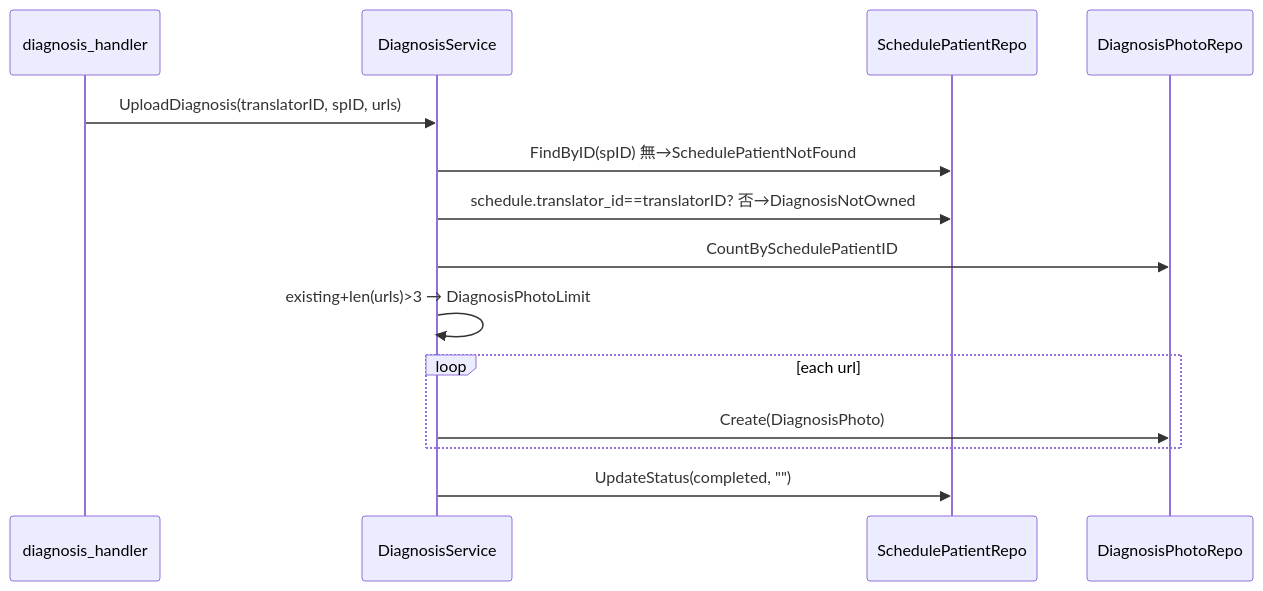
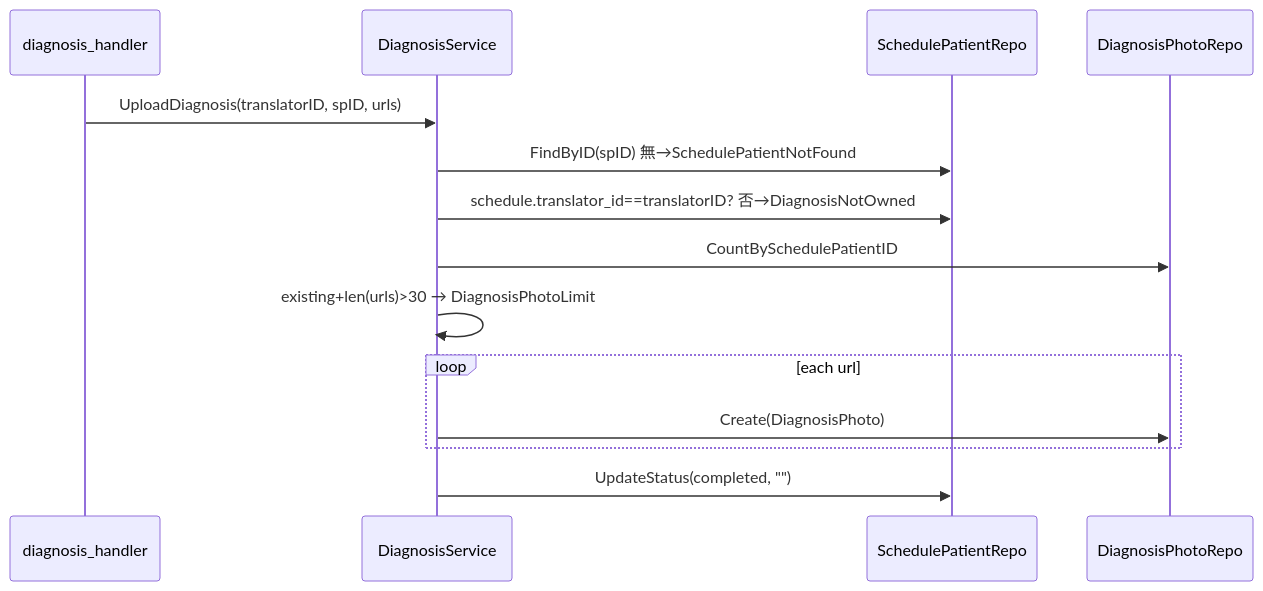
One commit to chih771015/check_in_system changed the second of 2 diagrams in backend/internal/service/DIAGNOSIS_SERVICE_SPEC.md. Above: the diagram before and after it, drawn with Mermaid. The commit also changed other lines of this file and 6 other files, not shown here.

````diff
--- a/backend/internal/service/DIAGNOSIS_SERVICE_SPEC.md
+++ b/backend/internal/service/DIAGNOSIS_SERVICE_SPEC.md
@@ -56,16 +56,16 @@
 ```mermaid
 sequenceDiagram
   participant H as diagnosis_handler
   participant S as DiagnosisService
   participant SP as SchedulePatientRepo
   participant P as DiagnosisPhotoRepo
   H->>S: UploadDiagnosis(translatorID, spID, urls)
   S->>SP: FindByID(spID) 無→SchedulePatientNotFound
   S->>SP: schedule.translator_id==translatorID? 否→DiagnosisNotOwned
   S->>P: CountBySchedulePatientID
-  S->>S: existing+len(urls)>3 → DiagnosisPhotoLimit
+  S->>S: existing+len(urls)>30 → DiagnosisPhotoLimit
   loop each url
     S->>P: Create(DiagnosisPhoto)
   end
   S->>SP: UpdateStatus(completed, "")
 ```
````
